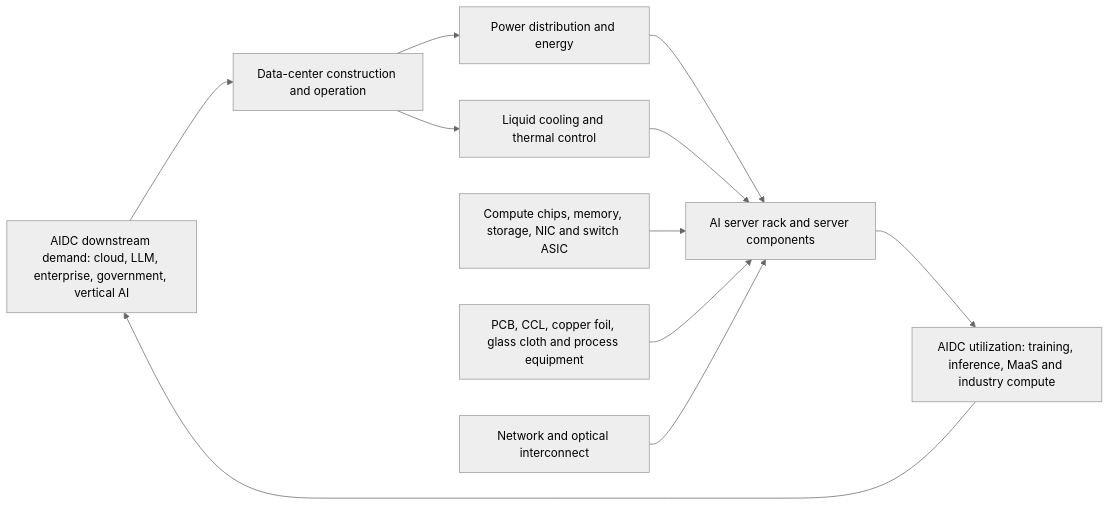
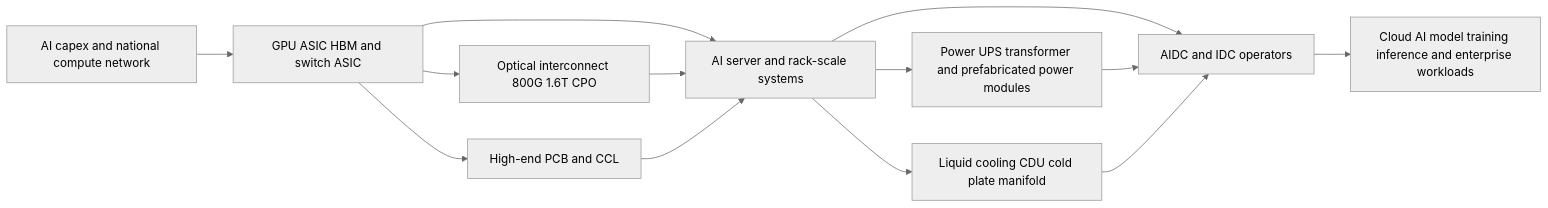
Before and after one commit to Zzzode/AStock: the diagram in workspace/research/aidc-supply-chain-20260630/analysis/aidc_chain_map.mmd, drawn with Mermaid (neutral theme). The commit also changed 1047 other files, not shown here.

```diff
--- a/workspace/research/aidc-supply-chain-20260630/analysis/aidc_chain_map.mmd
+++ b/workspace/research/aidc-supply-chain-20260630/analysis/aidc_chain_map.mmd
@@ -1,11 +1,13 @@
 flowchart LR
-  Demand[AIDC downstream demand: cloud, LLM, enterprise, government, vertical AI] --> Build[Data-center construction and operation]
-  Build --> Power[Power distribution and energy]
-  Build --> Cooling[Liquid cooling and thermal control]
-  Power --> Rack[AI server rack and server components]
-  Cooling --> Rack
-  Chip[Compute chips, memory, storage, NIC and switch ASIC] --> Rack
-  PCB[PCB, CCL, copper foil, glass cloth and process equipment] --> Rack
-  Optical[Network and optical interconnect] --> Rack
-  Rack --> Service[AIDC utilization: training, inference, MaaS and industry compute]
-  Service --> Demand
+  A[AI capex and national compute network] --> B[GPU ASIC HBM and switch ASIC]
+  B --> C[AI server and rack-scale systems]
+  B --> D[Optical interconnect 800G 1.6T CPO]
+  B --> E[High-end PCB and CCL]
+  C --> F[Power UPS transformer and prefabricated power modules]
+  C --> G[Liquid cooling CDU cold plate manifold]
+  C --> H[AIDC and IDC operators]
+  D --> C
+  E --> C
+  F --> H
+  G --> H
+  H --> I[Cloud AI model training inference and enterprise workloads]
```
